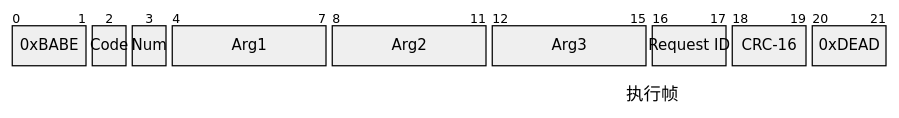
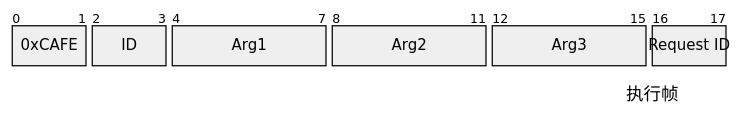
Before and after one commit to ttwards/motor: the first of 5 diagrams in Documents/interlink/aresLink_UART.md, drawn with Mermaid. The commit also changed other lines of this file, not shown here.

````diff
--- a/Documents/interlink/aresLink_UART.md
+++ b/Documents/interlink/aresLink_UART.md
@@ -4,13 +4,10 @@
    ```mermaid
    packet-beta
    title 执行帧
-   0-1: "0xBABE"
-   2: "Code"
-   3: "Num"
+   0-1: "0xCAFE"
+   2-3: "ID"
    4-7: "Arg1"
    8-11: "Arg2"
    12-15: "Arg3"
    16-17: "Request ID"
-   18-19: "CRC-16"
-   20-21: "0xDEAD"
    ```
````
